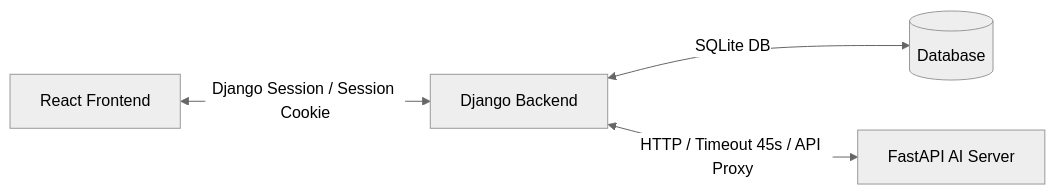
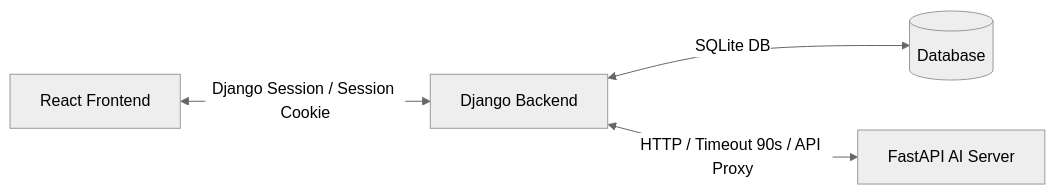
One commit to ldy-99/SKN29-3rd-3team changed the diagram in django_backend/README.md. Above: the diagram before and after it, drawn with Mermaid (neutral theme). The commit also changed other lines of this file and 4 other files, not shown here.

````diff
--- a/django_backend/README.md
+++ b/django_backend/README.md
@@ -11,6 +11,6 @@
 ```mermaid
 graph LR
     React[React Frontend] <-->|Django Session / Session Cookie| Django[Django Backend]
     Django <-->|SQLite DB| DB[(Database)]
-    Django <-->|HTTP / Timeout 45s / API Proxy| FastAPI[FastAPI AI Server]
+    Django <-->|HTTP / Timeout 90s / API Proxy| FastAPI[FastAPI AI Server]
 ```
````
